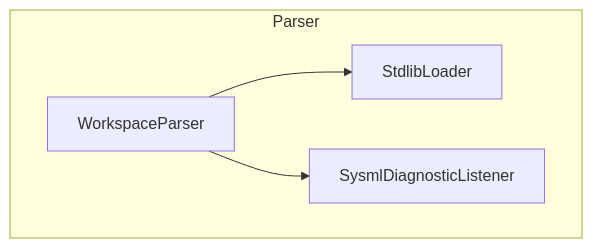
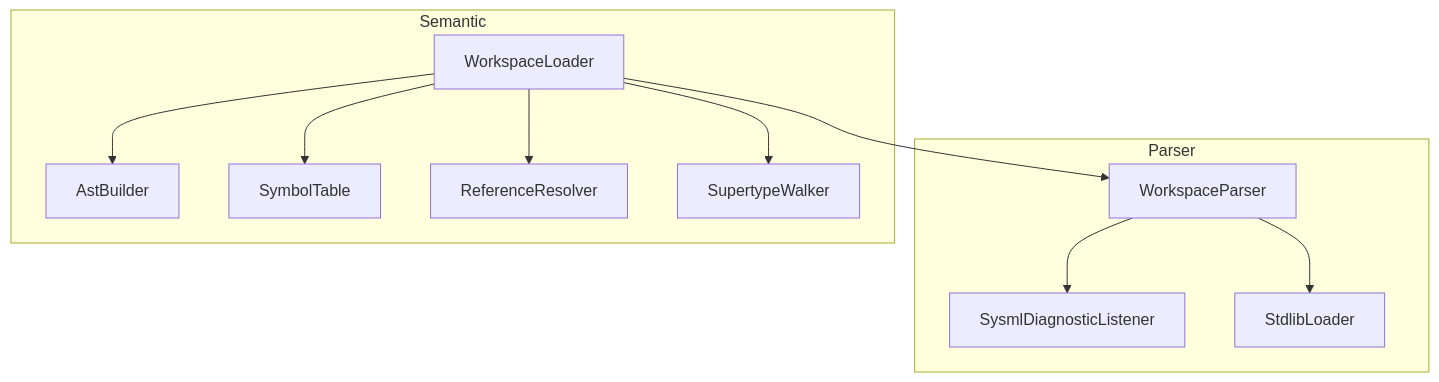
The diagram in docs/design/sysml2-tools-core.md (demaconsulting/SysML2Tools), drawn with Mermaid before and after one commit. The commit also changed other lines of this file and 45 other files, not shown here.

````diff
--- a/docs/design/sysml2-tools-core.md
+++ b/docs/design/sysml2-tools-core.md
@@ -14,10 +18,22 @@
 ```mermaid
 flowchart TD
     subgraph Parser
         WorkspaceParser
         SysmlDiagnosticListener
         StdlibLoader
     end
+    subgraph Semantic
+        WorkspaceLoader
+        AstBuilder
+        SymbolTable
+        ReferenceResolver
+        SupertypeWalker
+    end
     WorkspaceParser --> StdlibLoader
     WorkspaceParser --> SysmlDiagnosticListener
+    WorkspaceLoader --> WorkspaceParser
+    WorkspaceLoader --> AstBuilder
+    WorkspaceLoader --> SymbolTable
+    WorkspaceLoader --> ReferenceResolver
+    WorkspaceLoader --> SupertypeWalker
 ```
````
